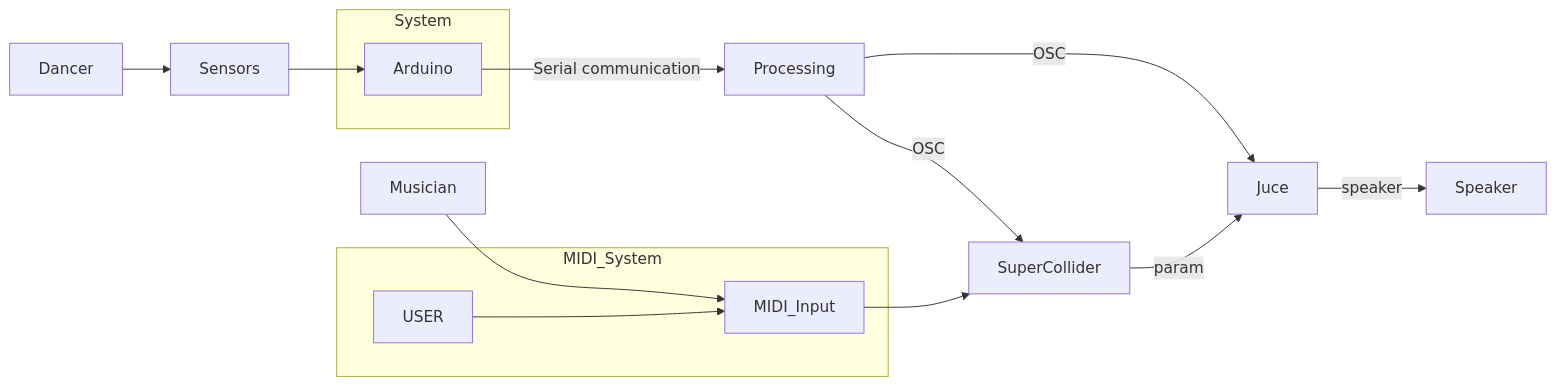
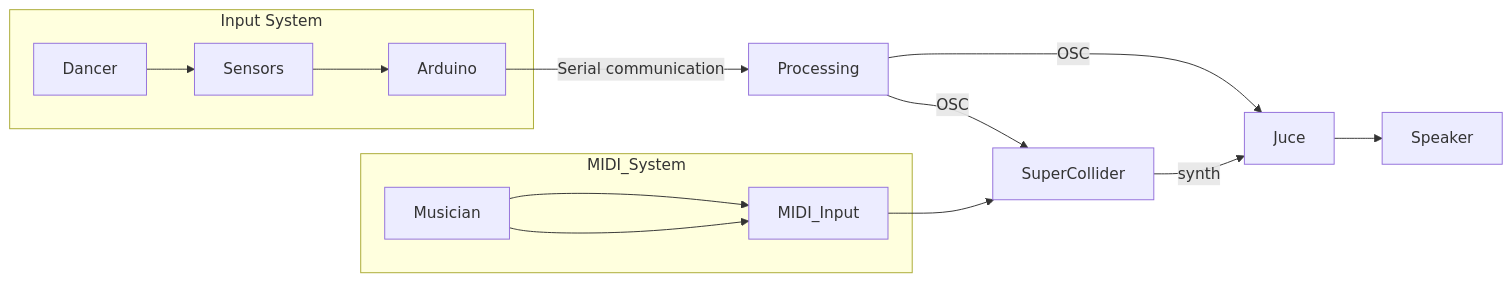
Before and after one commit to GiulianoDiLorenzo/Jacob-SuperCollier: the first of 2 diagrams in README.md, drawn with Mermaid.

````diff
--- a/README.md
+++ b/README.md
@@ -6,23 +6,25 @@
 ```mermaid
 graph LR
     Dancer --> Sensors
     Sensors -->Arduino
     Arduino -->|Serial communication| Processing
     
     Processing -->|OSC| SuperCollider
     Processing -->|OSC| Juce
     
     Musician --> MIDI_Input
     MIDI_Input --> SuperCollider
-    SuperCollider -->|param| Juce
+    SuperCollider -->|synth| Juce
     
-    Juce -->|speaker| Speaker
+    Juce --> Speaker
 
-    subgraph System
+    subgraph Input System
+        Dancer
         Arduino
+        Sensors
     end
     
     subgraph MIDI_System
-        USER --> MIDI_Input
+        Musician --> MIDI_Input
     end
 ```
````
